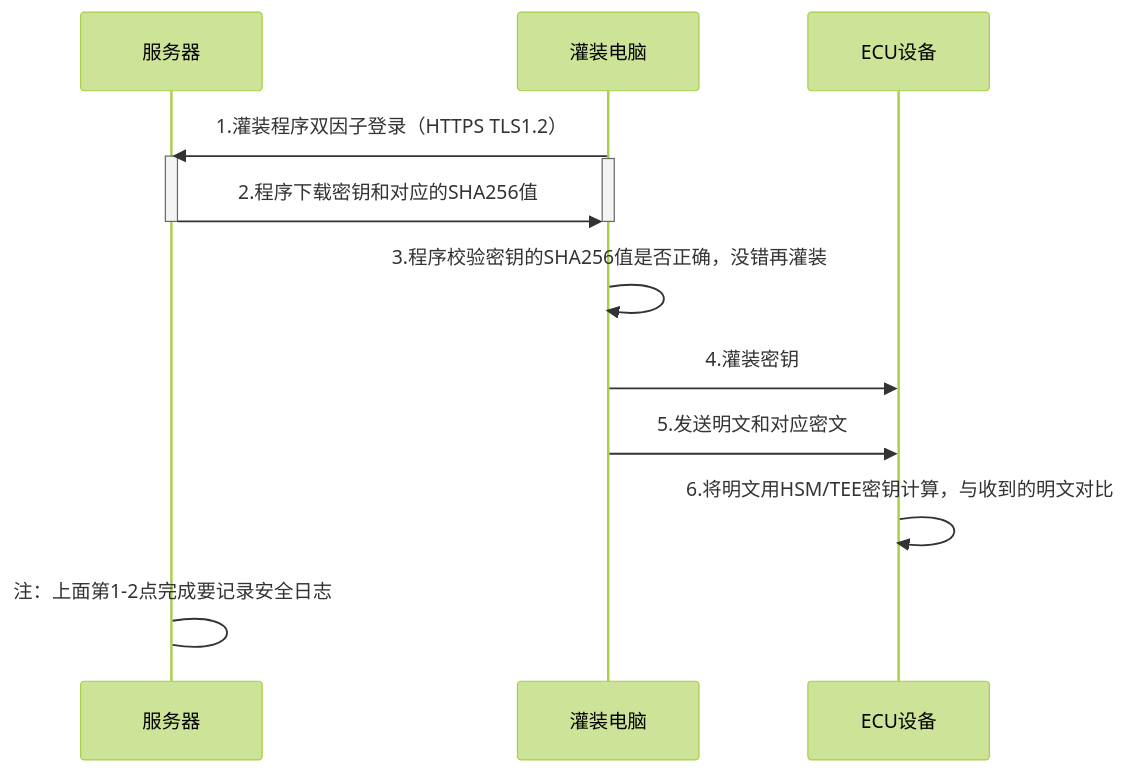
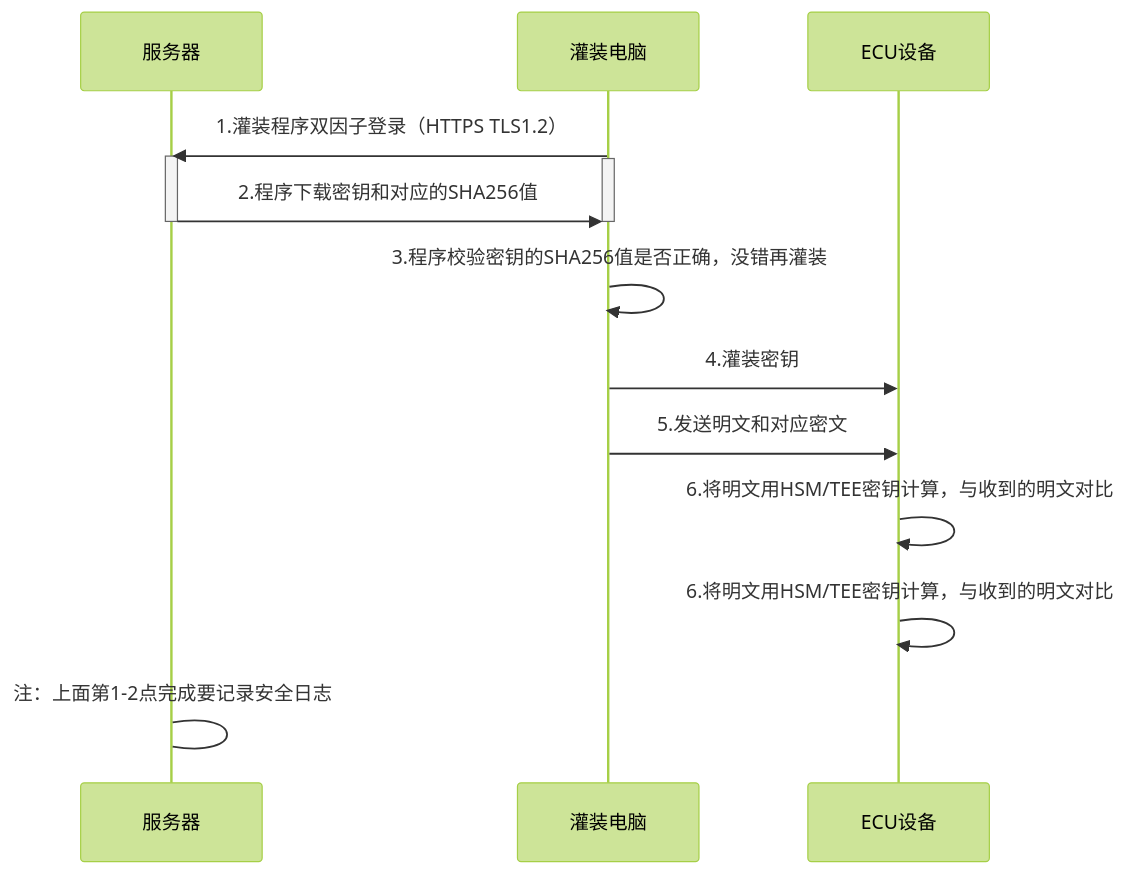
One commit to facebook-cloud/iodraw-files changed the diagram in all/未命名-25.md. Above: the diagram before and after it, drawn with Mermaid (forest theme).

Commit message:
2026-04-21 15:23:57 update

````diff
--- a/all/未命名-25.md
+++ b/all/未命名-25.md
@@ -1,23 +1,24 @@
 ```mermaid
 sequenceDiagram
   
     participant B as 服务器
     participant D as 灌装电脑
     participant E as ECU设备
 
     D->>B: 1.灌装程序双因子登录（HTTPS TLS1.2）
     activate B
     activate D
 
     B->>D: 2.程序下载密钥和对应的SHA256值 
 
     deactivate B
     deactivate D
     
     D->>D: 3.程序校验密钥的SHA256值是否正确，没错再灌装
     D->>E: 4.灌装密钥
     D->>E: 5.发送明文和对应密文
     E->>E: 6.将明文用HSM/TEE密钥计算，与收到的明文对比
+    E->>E: 6.将明文用HSM/TEE密钥计算，与收到的明文对比
 
     B->B: 注：上面第1-2点完成要记录安全日志
 ```
````
